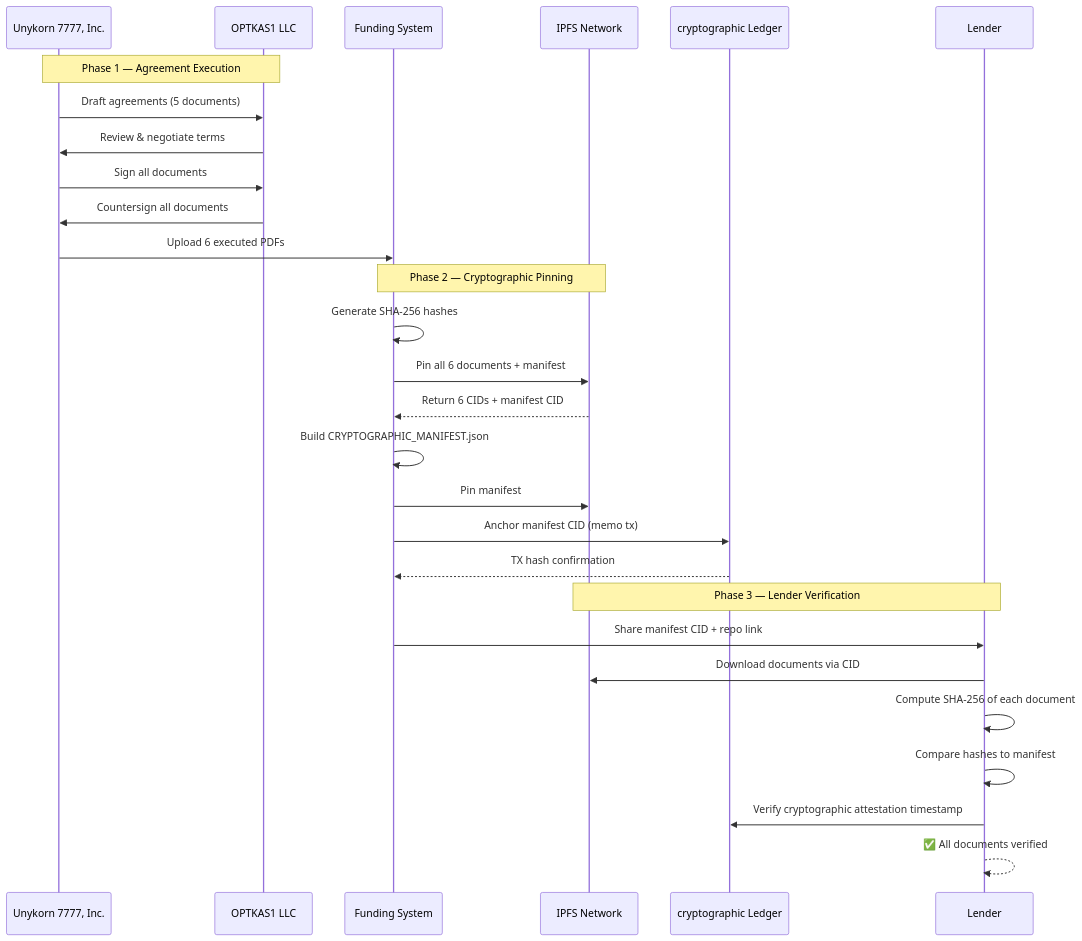
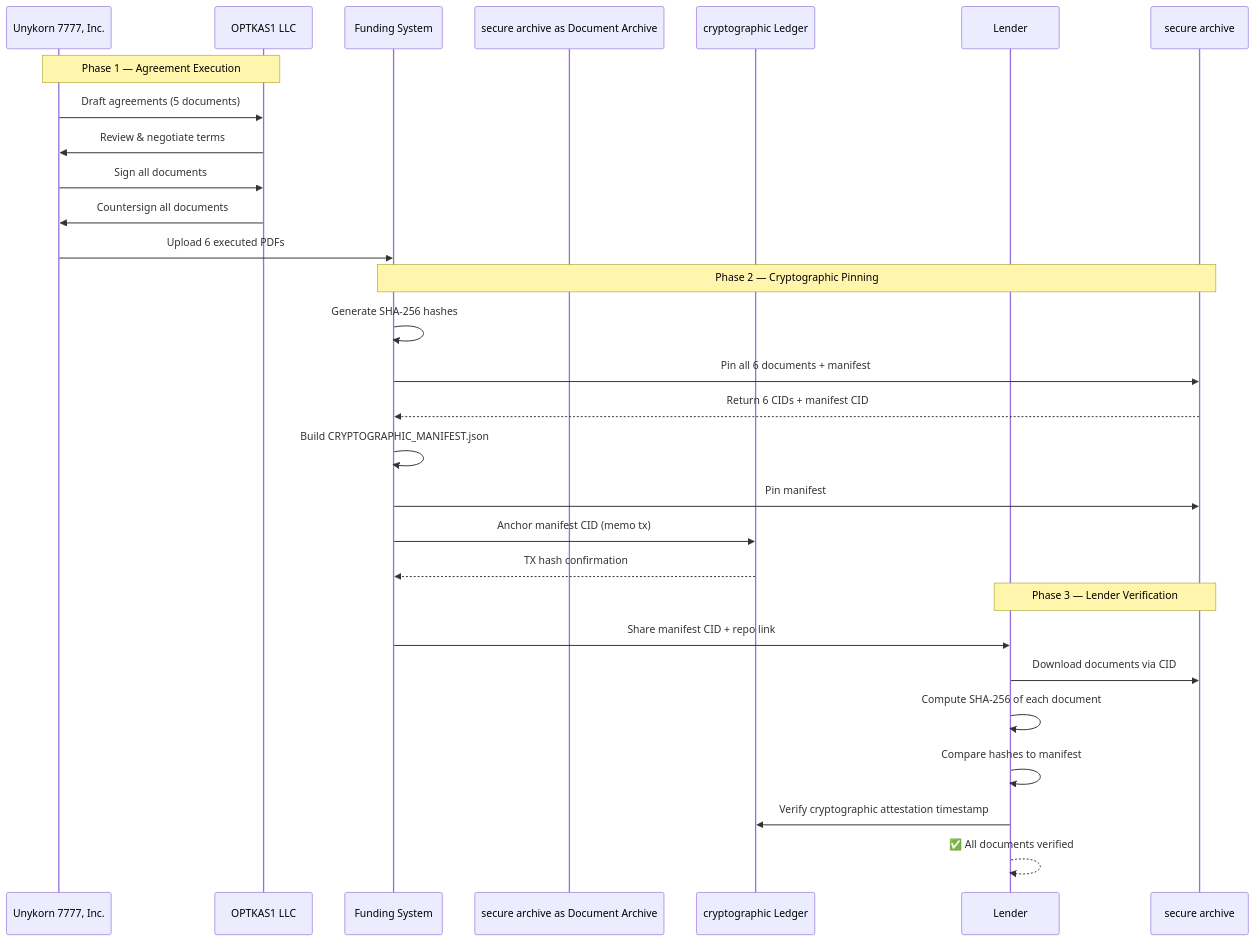
One commit to unykornai/Institutional-Funding-Repo-For-Optkas- changed the second of 2 diagrams in EXECUTION_v1/02_SIGNED_AGREEMENTS/FINAL_EXECUTED_2026-02-09/LENDER_LEVERAGE_PROOF_SYSTEM.md. Above: the diagram before and after it, drawn with Mermaid. The commit also changed other lines of this file and 35 other files, not shown here.

````diff
--- a/EXECUTION_v1/02_SIGNED_AGREEMENTS/FINAL_EXECUTED_2026-02-09/LENDER_LEVERAGE_PROOF_SYSTEM.md
+++ b/EXECUTION_v1/02_SIGNED_AGREEMENTS/FINAL_EXECUTED_2026-02-09/LENDER_LEVERAGE_PROOF_SYSTEM.md
@@ -110,33 +110,33 @@
 ```mermaid
 sequenceDiagram
     participant U as Unykorn 7777, Inc.
     participant O as OPTKAS1 LLC
     participant SYS as Funding System
-    participant IPFS as IPFS Network
+    participant secure archive as Document Archive
     participant cryptographic as cryptographic Ledger
     participant L as Lender
 
     Note over U,O: Phase 1 — Agreement Execution
     U->>O: Draft agreements (5 documents)
     O->>U: Review & negotiate terms
     U->>O: Sign all documents
     O->>U: Countersign all documents
     U->>SYS: Upload 6 executed PDFs
 
-    Note over SYS,IPFS: Phase 2 — Cryptographic Pinning
+    Note over SYS,secure archive: Phase 2 — Cryptographic Pinning
     SYS->>SYS: Generate SHA-256 hashes
-    SYS->>IPFS: Pin all 6 documents + manifest
-    IPFS-->>SYS: Return 6 CIDs + manifest CID
+    SYS->>secure archive: Pin all 6 documents + manifest
+    secure archive-->>SYS: Return 6 CIDs + manifest CID
     SYS->>SYS: Build CRYPTOGRAPHIC_MANIFEST.json
-    SYS->>IPFS: Pin manifest
+    SYS->>secure archive: Pin manifest
     SYS->>cryptographic: Anchor manifest CID (memo tx)
     cryptographic-->>SYS: TX hash confirmation
 
-    Note over L,IPFS: Phase 3 — Lender Verification
+    Note over L,secure archive: Phase 3 — Lender Verification
     SYS->>L: Share manifest CID + repo link
-    L->>IPFS: Download documents via CID
+    L->>secure archive: Download documents via CID
     L->>L: Compute SHA-256 of each document
     L->>L: Compare hashes to manifest
     L->>cryptographic: Verify cryptographic attestation timestamp
     L-->>L: ✅ All documents verified
 ```
````
